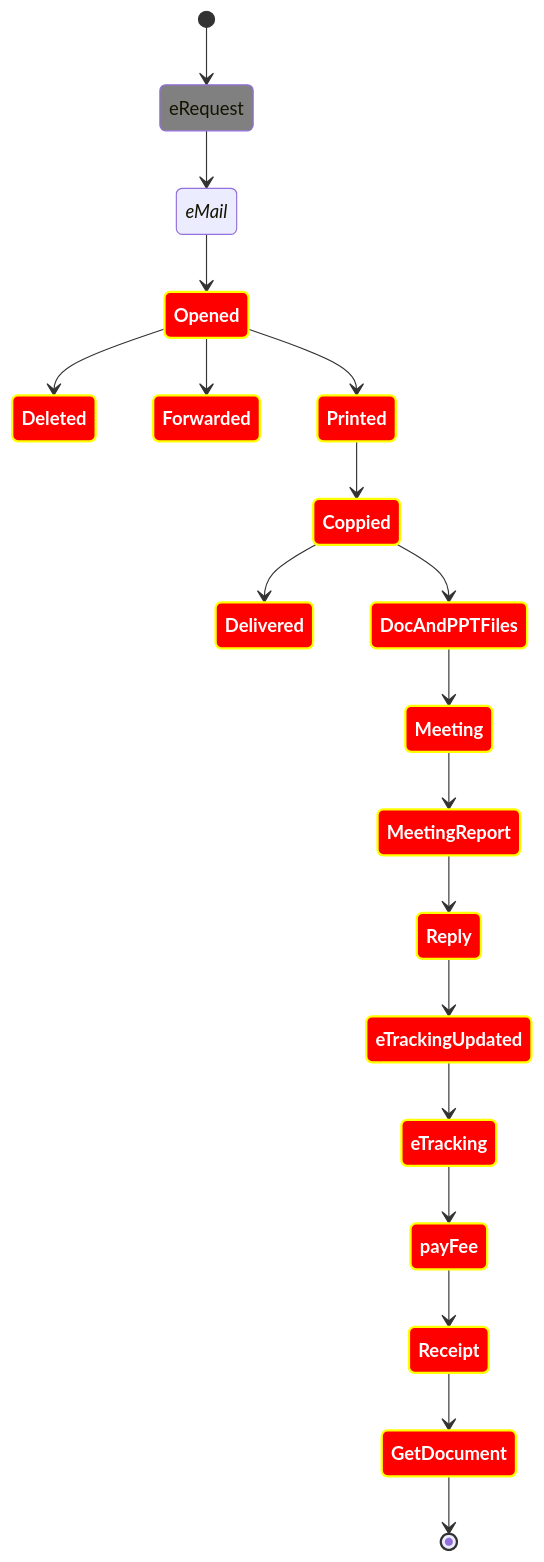
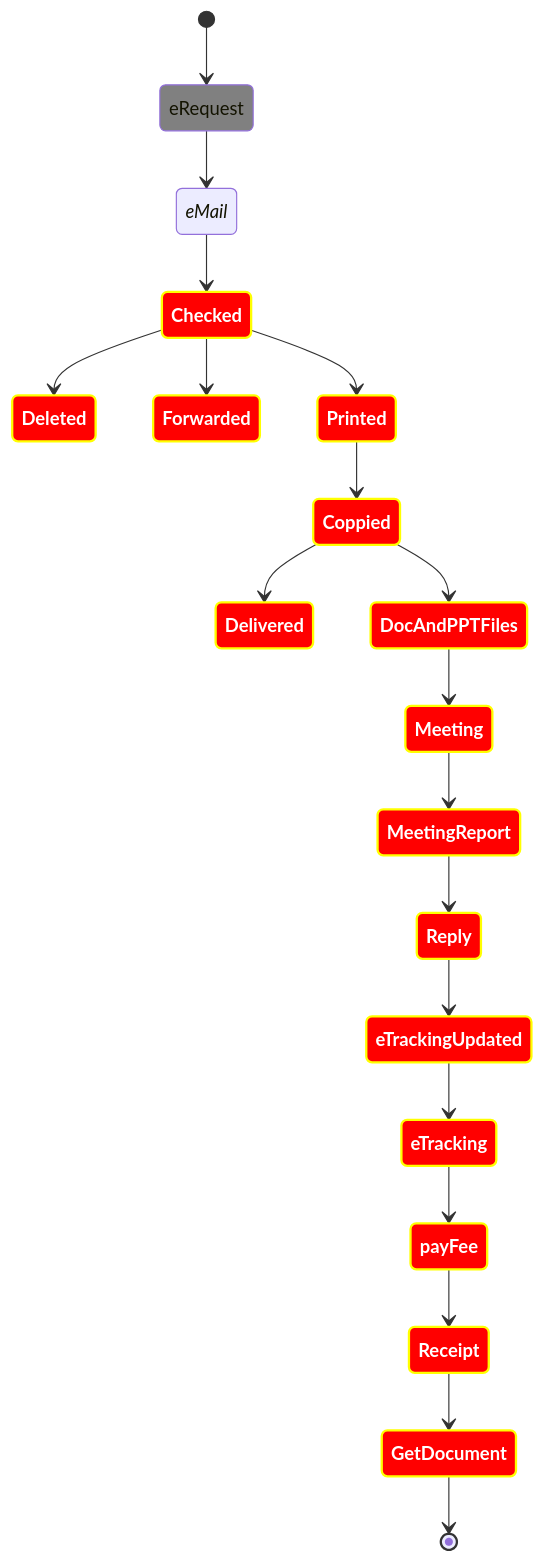
The seventh of 7 diagrams in README.md (Kietpawpan/pdpa), drawn with Mermaid before and after one commit.

````diff
--- a/README.md
+++ b/README.md
@@ -141,30 +141,30 @@
 ```mermaid
 stateDiagram
    direction TB
 
    accTitle: e-Tracking Risk
    accDescr: This is an accessible description
 
    classDef notMoving fill:grey
    classDef movement font-style:italic;
    classDef badBadEvent fill:#f00,color:white,font-weight:bold,stroke-width:2px,stroke:yellow
 
    [*] --> eRequest:::notMoving
    eRequest--> eMail:::movement
-   eMail --> Opened:::badBadEvent
-	Opened:::badBadEvent-->Deleted:::badBadEvent
-Opened:::badBadEvent-->Forwarded:::badBadEvent
-   Opened:::badBadEvent --> Printed:::badBadEvent
+   eMail --> Checked:::badBadEvent
+	Checked:::badBadEvent-->Deleted:::badBadEvent
+Checked:::badBadEvent-->Forwarded:::badBadEvent
+   Checked:::badBadEvent --> Printed:::badBadEvent
 Printed:::badBadEvent-->Coppied:::badBadEvent
 Coppied:::badBadEvent-->Delivered:::badBadEvent
 Coppied:::badBadEvent-->DocAndPPTFiles:::badBadEvent
 DocAndPPTFiles:::badBadEvent-->Meeting:::badBadEvent
 Meeting:::badBadEvent-->MeetingReport:::badBadEvent
 MeetingReport:::badBadEvent-->Reply:::badBadEvent
 Reply:::badBadEvent-->eTrackingUpdated:::badBadEvent
 eTrackingUpdated:::badBadEvent-->eTracking:::badBadEvent
 eTracking:::badBadEvent-->payFee:::badBadEvent
 payFee:::badBadEvent-->Receipt:::badBadEvent
 Receipt:::badBadEvent-->GetDocument:::badBadEvent
 GetDocument:::badBadEvent-->[*]
 ```
````
